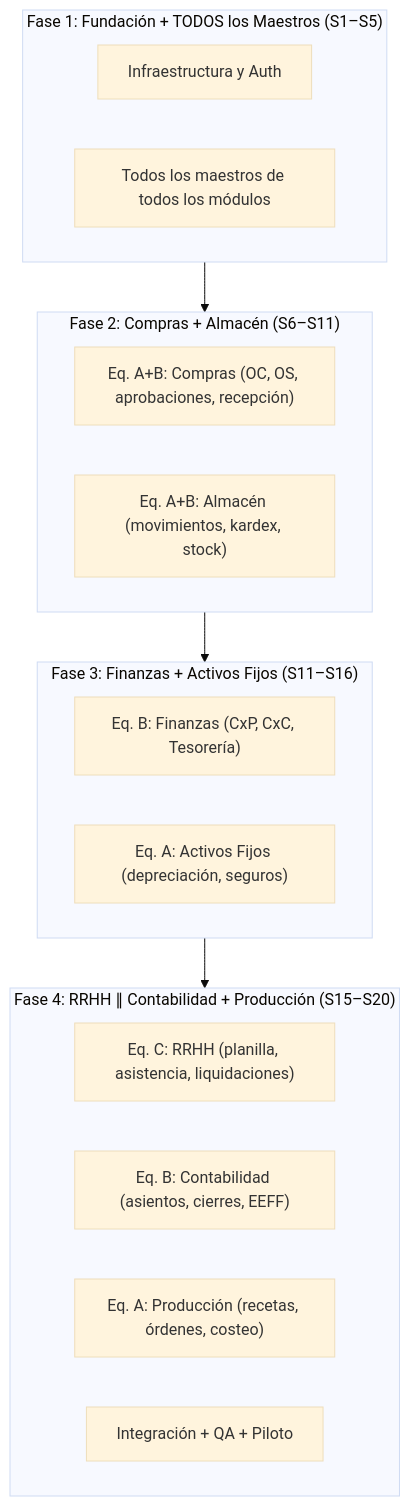
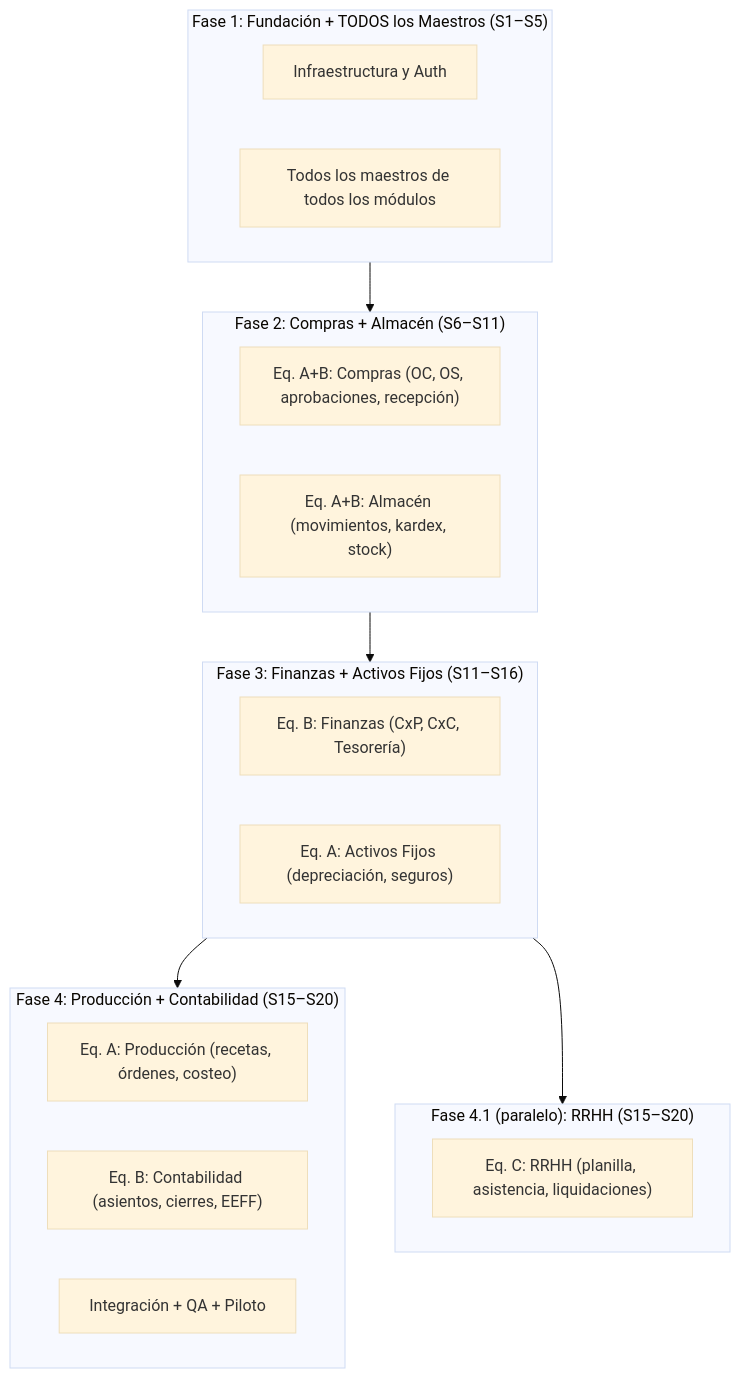
Before and after one commit to jramirezch1978/sigre_web: the fourth of 12 diagrams in restaurante.pe/ROADMAP_RESTAURANT_PE.md, drawn with Mermaid (base theme). The commit also changed other lines of this file, not shown here.

Commit message:
refactor: Separar Fase 4 (Produccion+Contabilidad) y Fase 4.1 (RRHH en paralelo) como fases independientes

````diff
--- a/restaurante.pe/ROADMAP_RESTAURANT_PE.md
+++ b/restaurante.pe/ROADMAP_RESTAURANT_PE.md
@@ -162,28 +163,32 @@
 ```mermaid
 flowchart TB
     subgraph Fase1["Fase 1: Fundación + TODOS los Maestros (S1–S5)"]
         direction LR
         F1A[Infraestructura y Auth]
         F1B[Todos los maestros de todos los módulos]
     end
     subgraph Fase2["Fase 2: Compras + Almacén (S6–S11)"]
         direction LR
         F2A["Eq. A+B: Compras (OC, OS, aprobaciones, recepción)"]
         F2B["Eq. A+B: Almacén (movimientos, kardex, stock)"]
     end
     subgraph Fase3["Fase 3: Finanzas + Activos Fijos (S11–S16)"]
         direction LR
         F3A["Eq. B: Finanzas (CxP, CxC, Tesorería)"]
         F3B["Eq. A: Activos Fijos (depreciación, seguros)"]
     end
-    subgraph Fase4["Fase 4: RRHH ∥ Contabilidad + Producción (S15–S20)"]
+    subgraph Fase4["Fase 4: Producción + Contabilidad (S15–S20)"]
         direction LR
-        F4A["Eq. C: RRHH (planilla, asistencia, liquidaciones)"]
+        F4A["Eq. A: Producción (recetas, órdenes, costeo)"]
         F4B["Eq. B: Contabilidad (asientos, cierres, EEFF)"]
-        F4C["Eq. A: Producción (recetas, órdenes, costeo)"]
-        F4D[Integración + QA + Piloto]
+        F4C[Integración + QA + Piloto]
+    end
+    subgraph Fase41["Fase 4.1 (paralelo): RRHH (S15–S20)"]
+        direction LR
+        F41A["Eq. C: RRHH (planilla, asistencia, liquidaciones)"]
     end
     Fase1 --> Fase2
     Fase2 --> Fase3
     Fase3 --> Fase4
+    Fase3 --> Fase41
 ```
````
